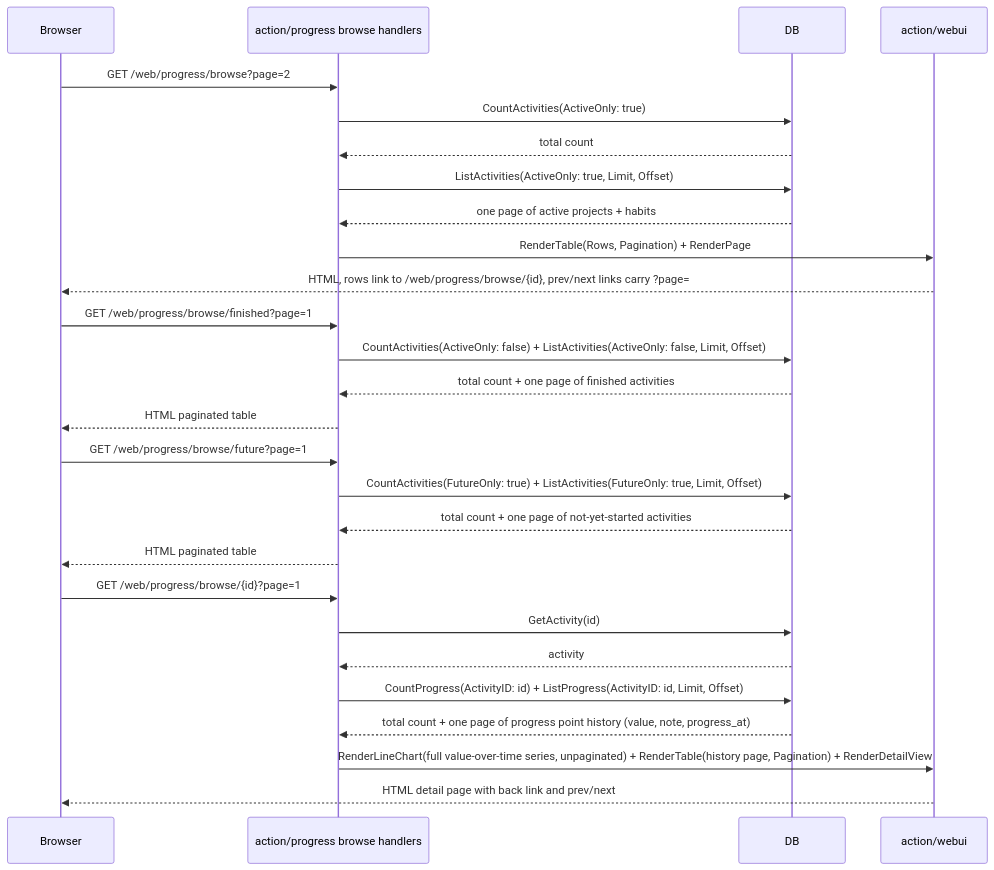
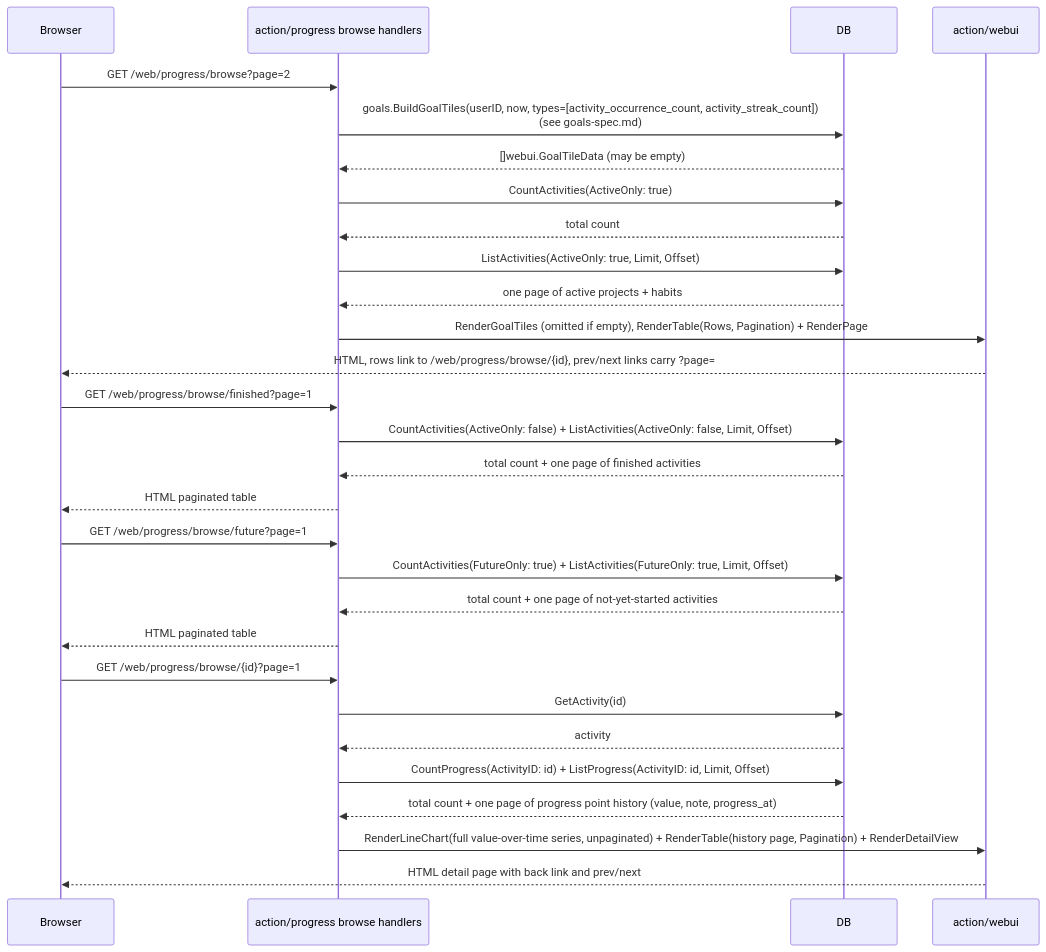
One commit to rusinikita/personal changed the fourth of 4 diagrams in docs/functions/progress-spec.md. Above: the diagram before and after it, drawn with Mermaid. The commit also changed other lines of this file and 5 other files, not shown here.

First line of the commit message:
docs: add Goals feature spec (Stage 1)

````diff
--- a/docs/functions/progress-spec.md
+++ b/docs/functions/progress-spec.md
@@ -125,33 +126,35 @@
 ```mermaid
 sequenceDiagram
     participant Browser
     participant Handler as action/progress browse handlers
     participant DB
     participant Webui as action/webui
 
     Browser->>Handler: GET /web/progress/browse?page=2
+    Handler->>DB: goals.BuildGoalTiles(userID, now, types=[activity_occurrence_count, activity_streak_count])<br/>(see goals-spec.md)
+    DB-->>Handler: []webui.GoalTileData (may be empty)
     Handler->>DB: CountActivities(ActiveOnly: true)
     DB-->>Handler: total count
     Handler->>DB: ListActivities(ActiveOnly: true, Limit, Offset)
     DB-->>Handler: one page of active projects + habits
-    Handler->>Webui: RenderTable(Rows, Pagination) + RenderPage
+    Handler->>Webui: RenderGoalTiles (omitted if empty), RenderTable(Rows, Pagination) + RenderPage
     Webui-->>Browser: HTML, rows link to /web/progress/browse/{id}, prev/next links carry ?page=
 
     Browser->>Handler: GET /web/progress/browse/finished?page=1
     Handler->>DB: CountActivities(ActiveOnly: false) + ListActivities(ActiveOnly: false, Limit, Offset)
     DB-->>Handler: total count + one page of finished activities
     Handler-->>Browser: HTML paginated table
 
     Browser->>Handler: GET /web/progress/browse/future?page=1
     Handler->>DB: CountActivities(FutureOnly: true) + ListActivities(FutureOnly: true, Limit, Offset)
     DB-->>Handler: total count + one page of not-yet-started activities
     Handler-->>Browser: HTML paginated table
 
     Browser->>Handler: GET /web/progress/browse/{id}?page=1
     Handler->>DB: GetActivity(id)
     DB-->>Handler: activity
     Handler->>DB: CountProgress(ActivityID: id) + ListProgress(ActivityID: id, Limit, Offset)
     DB-->>Handler: total count + one page of progress point history (value, note, progress_at)
     Handler->>Webui: RenderLineChart(full value-over-time series, unpaginated) + RenderTable(history page, Pagination) + RenderDetailView
     Webui-->>Browser: HTML detail page with back link and prev/next
 ```
````
